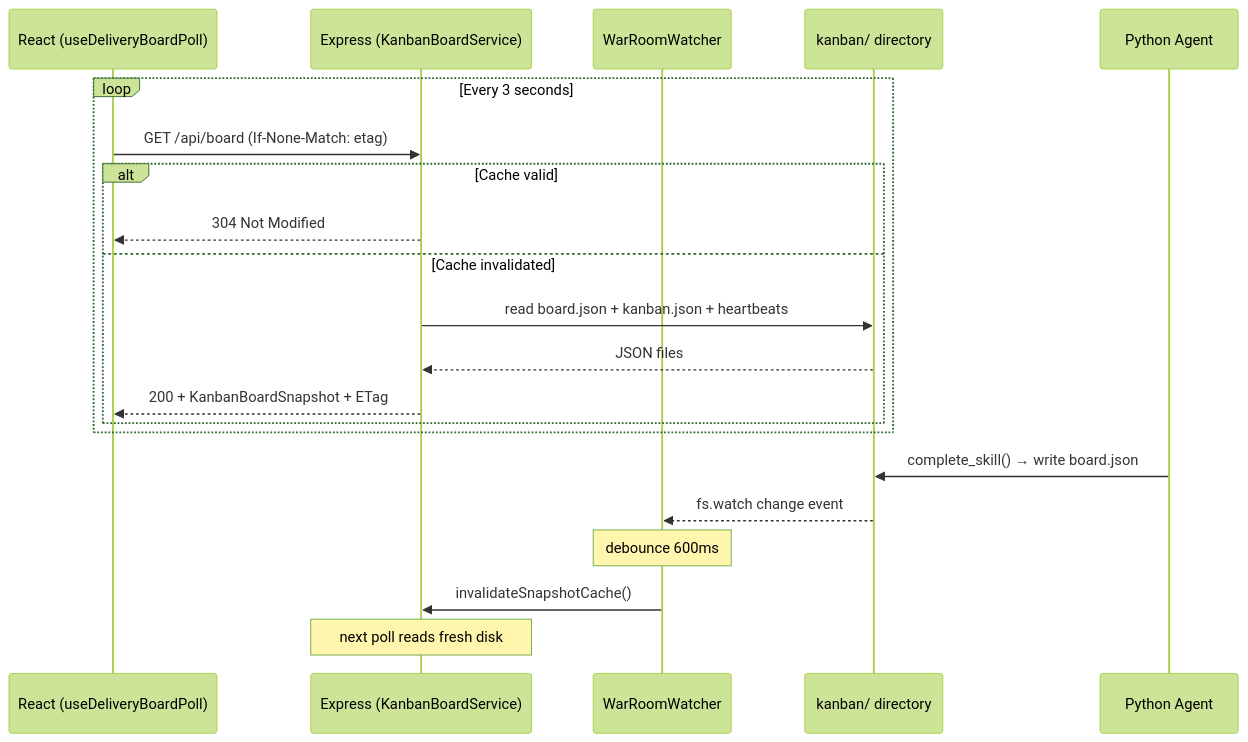
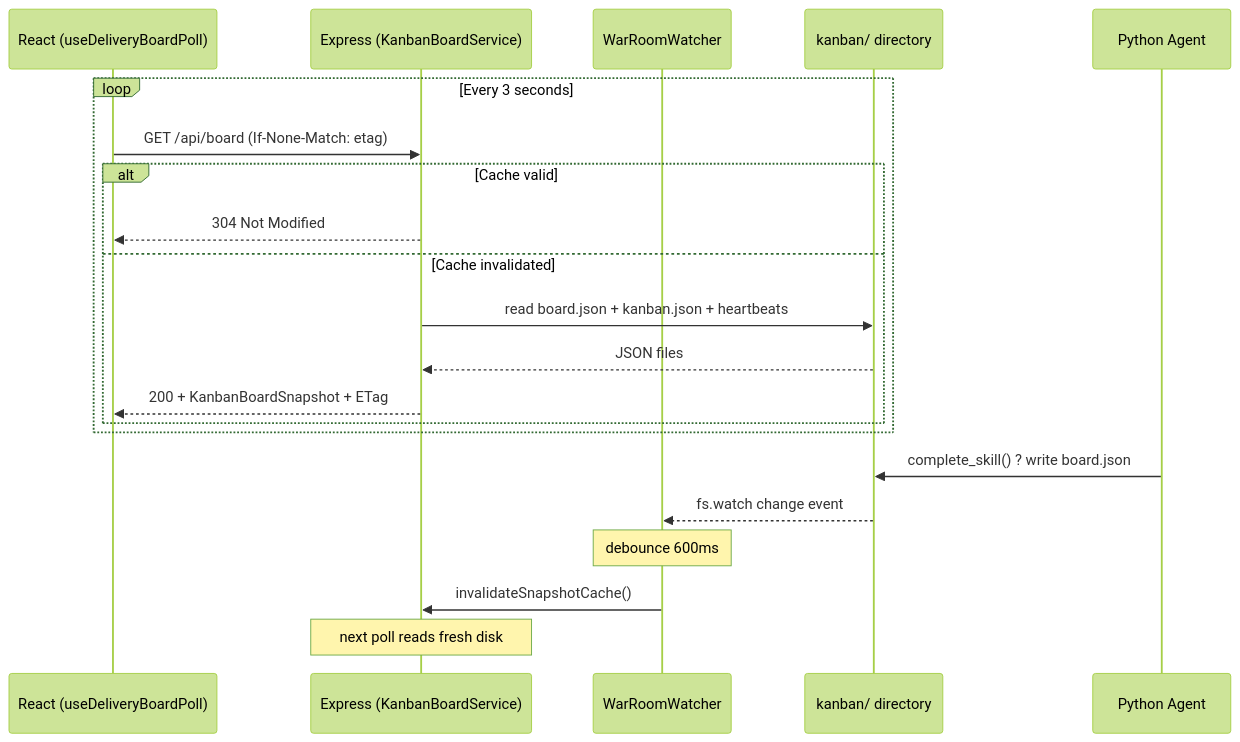
The second of 6 diagrams in practices/kanban/apps/abd-delivery-agent-kanban/docs/architecture/architecture-reference.md (abd-works/abd-skills), drawn with Mermaid (forest theme) before and after one commit. The commit also changed other lines of this file and 490 other files, not shown here.

````diff
--- a/practices/kanban/apps/abd-delivery-agent-kanban/docs/architecture/architecture-reference.md
+++ b/practices/kanban/apps/abd-delivery-agent-kanban/docs/architecture/architecture-reference.md
@@ -148,25 +295,49 @@
 ```mermaid
+
 sequenceDiagram
+
     participant Client as React (useDeliveryBoardPoll)
+
     participant API as Express (KanbanBoardService)
+
     participant Watcher as WarRoomWatcher
+
     participant Disk as kanban/ directory
+
     participant Agent as Python Agent
 
+
+
     loop Every 3 seconds
+
         Client->>API: GET /api/board (If-None-Match: etag)
+
         alt Cache valid
+
             API-->>Client: 304 Not Modified
+
         else Cache invalidated
+
             API->>Disk: read board.json + kanban.json + heartbeats
+
             Disk-->>API: JSON files
+
             API-->>Client: 200 + KanbanBoardSnapshot + ETag
+
         end
+
     end
 
-    Agent->>Disk: complete_skill() → write board.json
+
+
+    Agent->>Disk: complete_skill() ? write board.json
+
     Disk-->>Watcher: fs.watch change event
+
     Note over Watcher: debounce 600ms
+
     Watcher->>API: invalidateSnapshotCache()
+
     Note over API: next poll reads fresh disk
+
 ```
````
